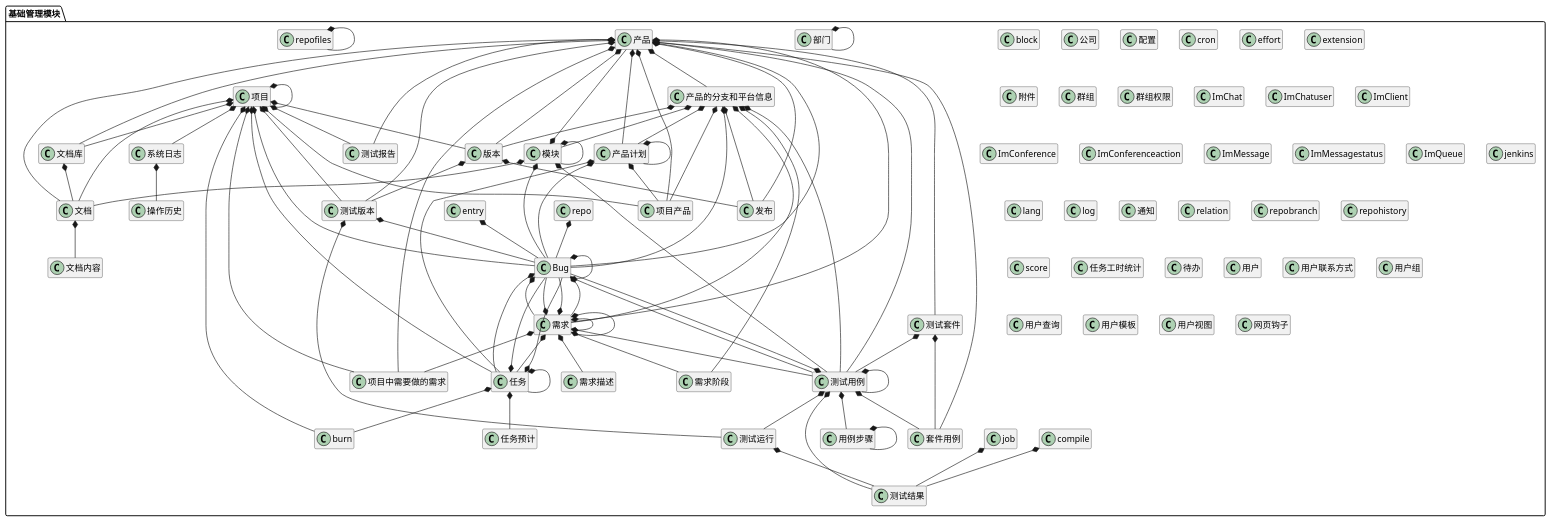
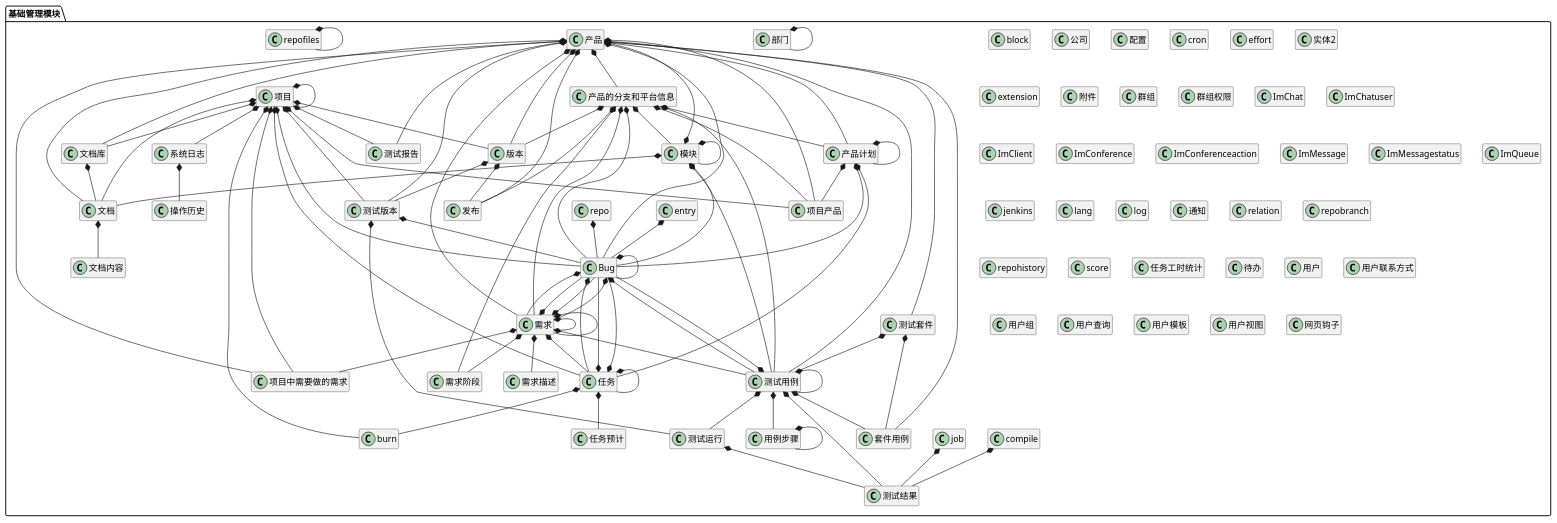
One commit to goblinln/iBizPMS changed the fourth of 8 diagrams in ibizpms-docs/src/main/doc/v1/module/module_index.md. Above: the diagram before and after it, drawn with PlantUML. The commit also changed 15 other files, not shown here.

```diff
--- a/ibizpms-docs/src/main/doc/v1/module/module_index.md
+++ b/ibizpms-docs/src/main/doc/v1/module/module_index.md
@@ -267,6 +267,9 @@
 }
 
 class effort {
+}
+
+class 实体2 {
 }
 
 class entry {
```
